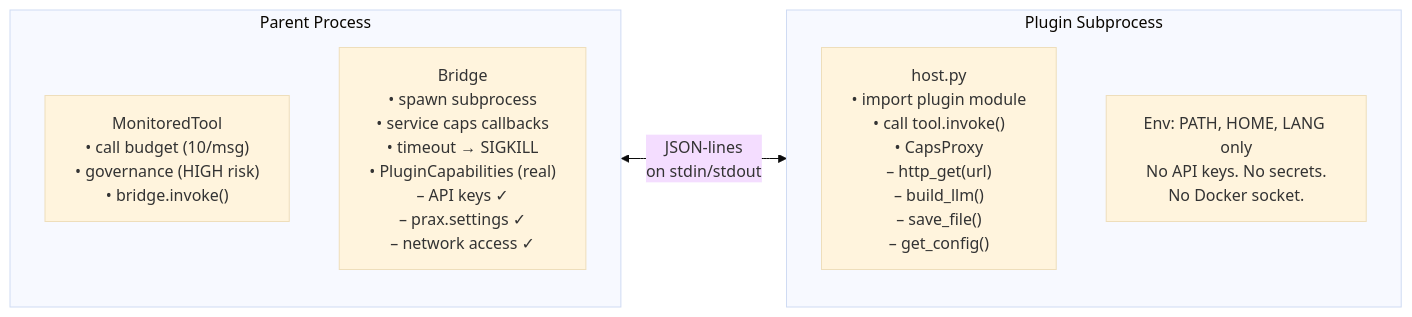
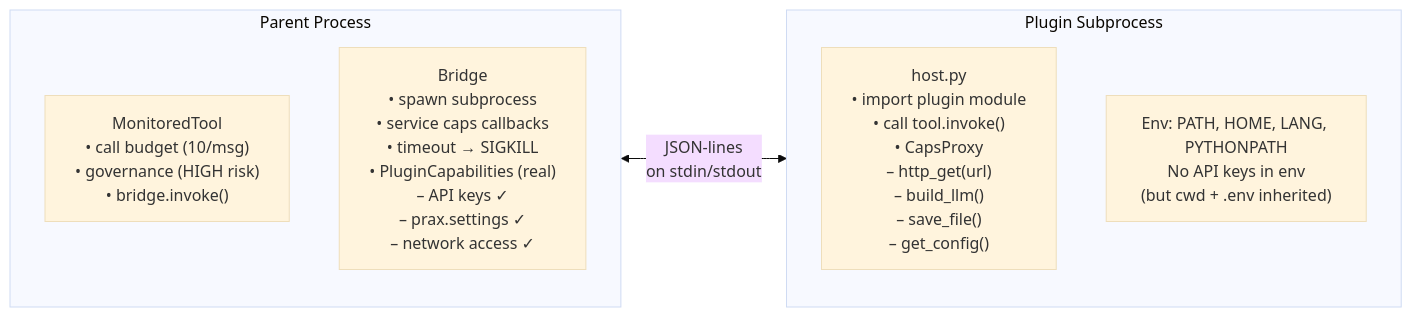
One commit to praxagent/prax changed the diagram in docs/security/plugin-trust.md. Above: the diagram before and after it, drawn with Mermaid (base theme). The commit also changed other lines of this file and 85 other files, not shown here.

First line of the commit message:
fix: path containment across library/workspace/source/vision/browser tools, opt-in inbound API key, keyless compose sandbox (#229)

````diff
--- a/docs/security/plugin-trust.md
+++ b/docs/security/plugin-trust.md
@@ -32,12 +34,12 @@
 ```mermaid
 flowchart LR
     subgraph Parent["Parent Process"]
         MT["MonitoredTool\n• call budget (10/msg)\n• governance (HIGH risk)\n• bridge.invoke()"]
         BR["Bridge\n• spawn subprocess\n• service caps callbacks\n• timeout → SIGKILL\n• PluginCapabilities (real)\n  – API keys ✓\n  – prax.settings ✓\n  – network access ✓"]
     end
     subgraph Sub["Plugin Subprocess"]
         HP["host.py\n• import plugin module\n• call tool.invoke()\n• CapsProxy\n  – http_get(url)\n  – build_llm()\n  – save_file()\n  – get_config()"]
-        ENV["Env: PATH, HOME, LANG only\nNo API keys. No secrets.\nNo Docker socket."]
+        ENV["Env: PATH, HOME, LANG, PYTHONPATH\nNo API keys in env\n(but cwd + .env inherited)"]
     end
     Parent <-->|"JSON-lines\non stdin/stdout"| Sub
 ```
````
